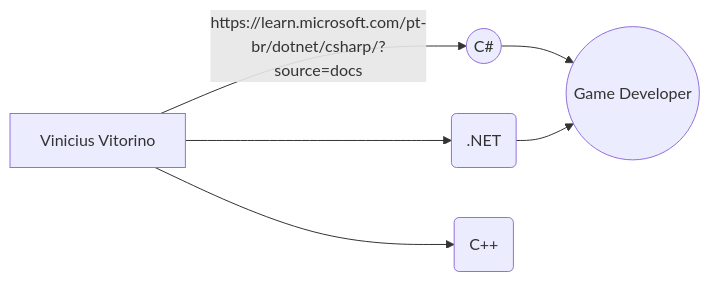
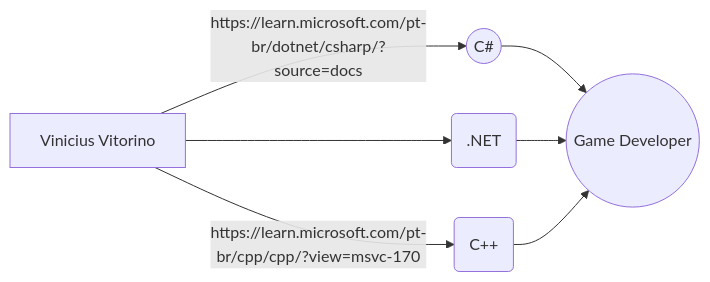
Before and after one commit to ViniciusVitorinoSantos/EstudosCS: the diagram in README.md, drawn with Mermaid.

````diff
--- a/README.md
+++ b/README.md
@@ -4,8 +4,9 @@
 ```mermaid
 graph LR
 A[Vinicius Vitorino] -- https://learn.microsoft.com/pt-br/dotnet/csharp/?source=docs --> B((C#))
 A --> C(.NET)
-A --> E(C++)
+A -- https://learn.microsoft.com/pt-br/cpp/cpp/?view=msvc-170 --> E(C++)
 B --> D((Game Developer))
 C --> D
+E --> D
 ```
````
